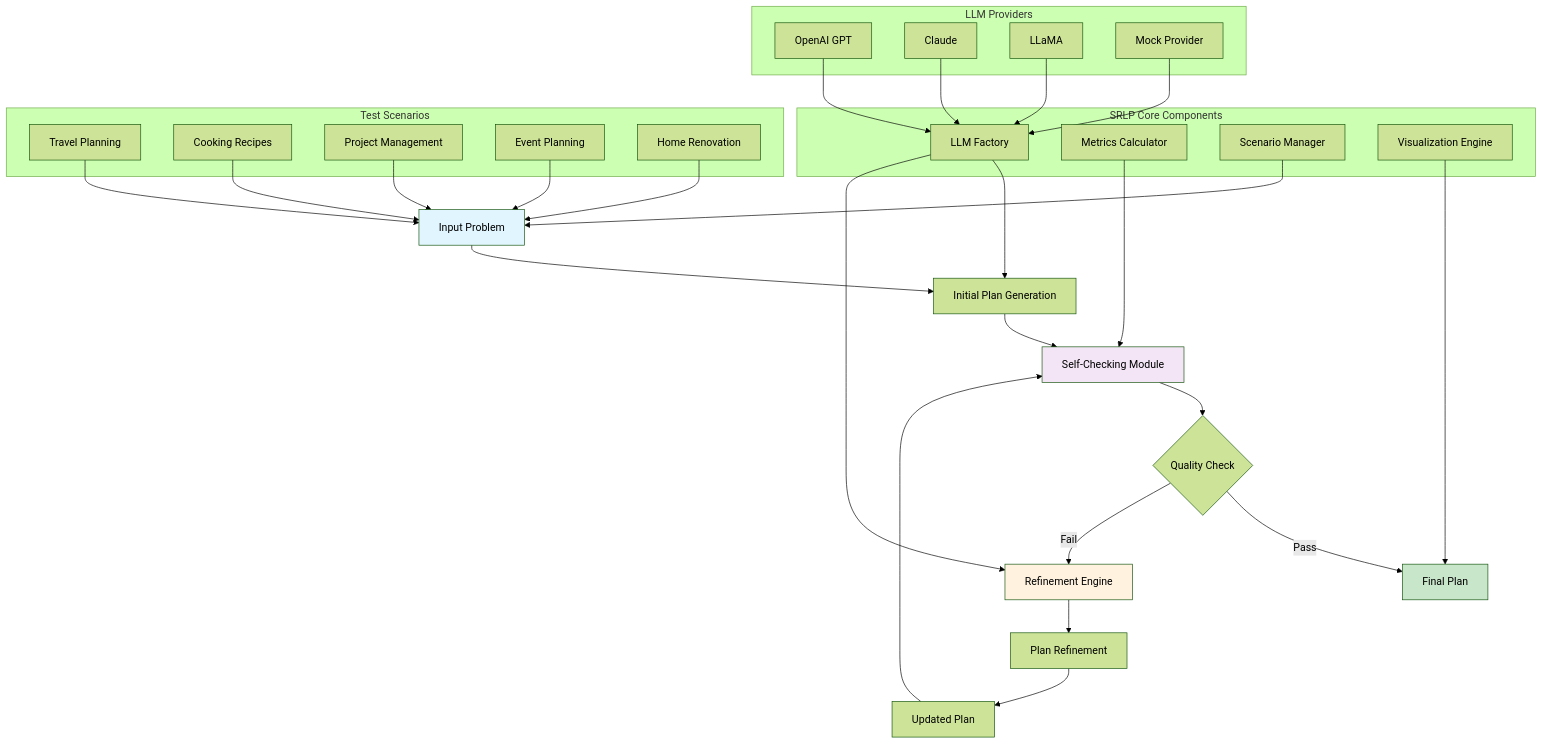
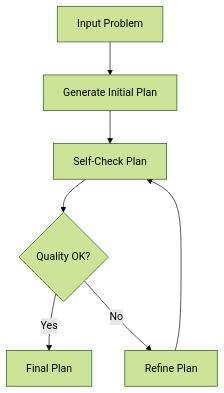
The diagram in README.md (moelhaj996/-Self-Refinement-for-LLM-Planners-Framework), drawn with Mermaid (forest theme) before and after one commit. The commit also changed other lines of this file, not shown here.

````diff
--- a/README.md
+++ b/README.md
@@ -5,55 +5,9 @@
 ```mermaid
 graph TD
-    A[Input Problem] --> B[Initial Plan Generation]
-    B --> C[Self-Checking Module]
-    C --> D{Quality Check}
-    D -->|Pass| E[Final Plan]
-    D -->|Fail| F[Refinement Engine]
-    F --> G[Plan Refinement]
-    G --> H[Updated Plan]
-    H --> C
-    
-    subgraph "SRLP Core Components"
-        I[LLM Factory]
-        J[Metrics Calculator]
-        K[Scenario Manager]
-        L[Visualization Engine]
-    end
-    
-    subgraph "LLM Providers"
-        M[OpenAI GPT]
-        N[Claude]
-        O[LLaMA]
-        P[Mock Provider]
-    end
-    
-    subgraph "Test Scenarios"
-        Q[Travel Planning]
-        R[Cooking Recipes]
-        S[Project Management]
-        T[Event Planning]
-        U[Home Renovation]
-    end
-    
-    I --> B
-    I --> F
-    J --> C
-    K --> A
-    L --> E
-    
-    M --> I
-    N --> I
-    O --> I
-    P --> I
-    
-    Q --> A
-    R --> A
-    S --> A
-    T --> A
-    U --> A
-    
-    style A fill:#e1f5fe
-    style E fill:#c8e6c9
-    style F fill:#fff3e0
-    style C fill:#f3e5f5
+    A[Input Problem] --> B[Generate Initial Plan]
+    B --> C[Self-Check Plan]
+    C --> D{Quality OK?}
+    D -->|Yes| E[Final Plan]
+    D -->|No| F[Refine Plan]
+    F --> C
 ```
````
